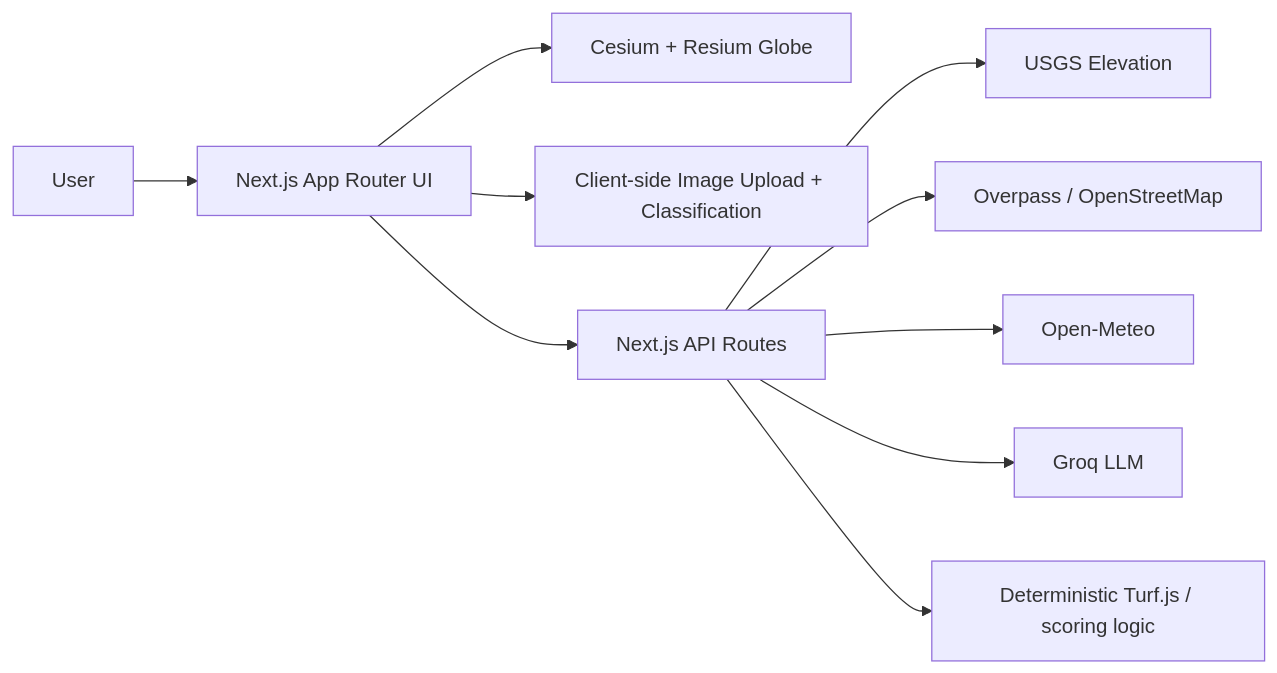
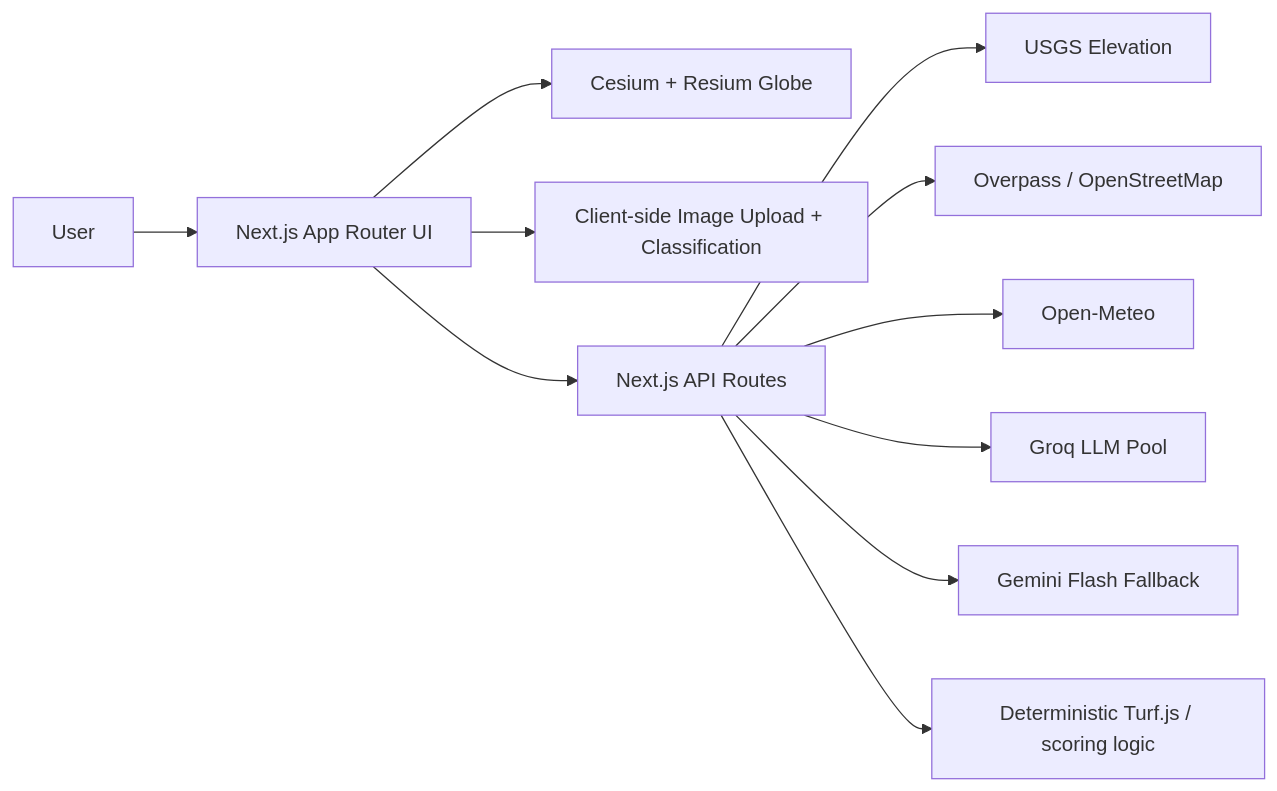
The diagram in README.md (sabinMas/geosight-gspat), drawn with Mermaid before and after one commit. The commit also changed other lines of this file and 11 other files, not shown here.

````diff
--- a/README.md
+++ b/README.md
@@ -71,12 +77,13 @@
 ```mermaid
 flowchart LR
   User["User"] --> UI["Next.js App Router UI"]
   UI --> Globe["Cesium + Resium Globe"]
   UI --> Upload["Client-side Image Upload + Classification"]
   UI --> APIs["Next.js API Routes"]
   APIs --> USGS["USGS Elevation"]
   APIs --> OSM["Overpass / OpenStreetMap"]
   APIs --> Weather["Open-Meteo"]
-  APIs --> Groq["Groq LLM"]
+  APIs --> Groq["Groq LLM Pool"]
+  APIs --> Gemini["Gemini Flash Fallback"]
   APIs --> Score["Deterministic Turf.js / scoring logic"]
 ```
````
